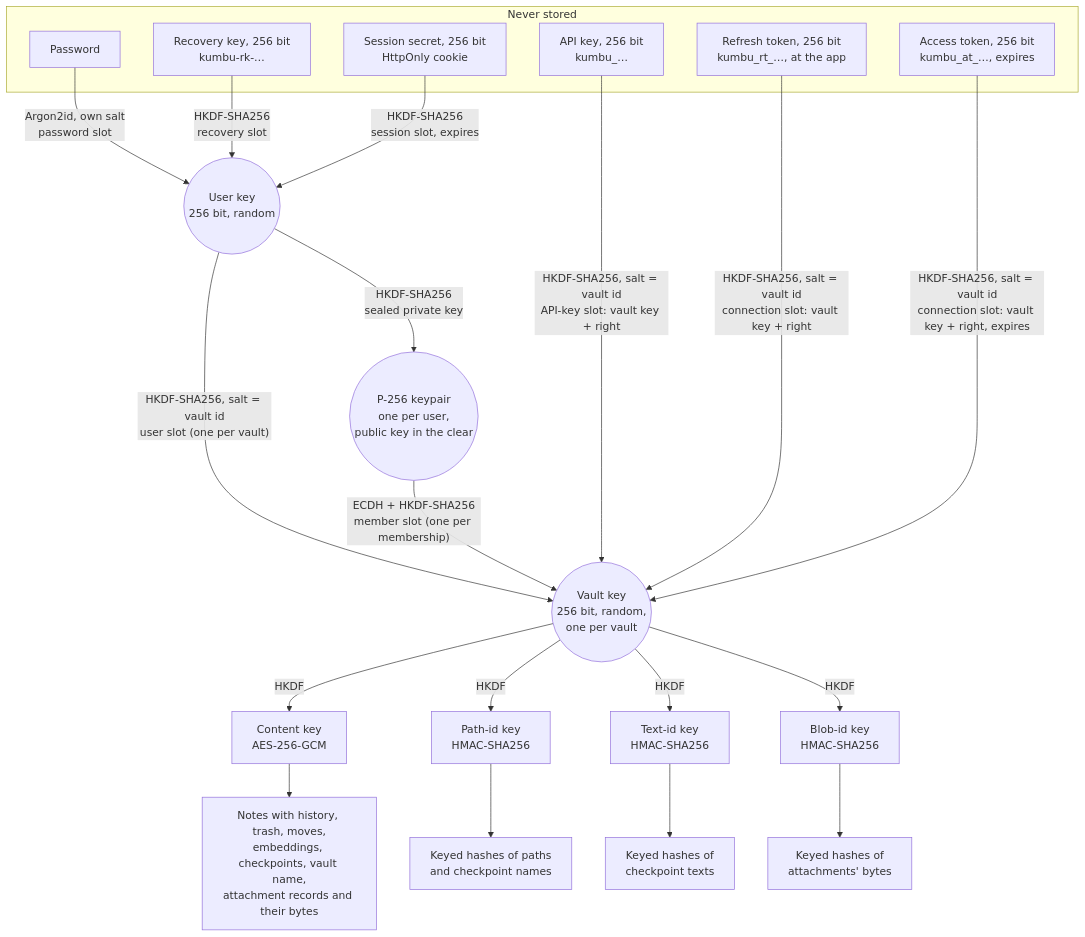
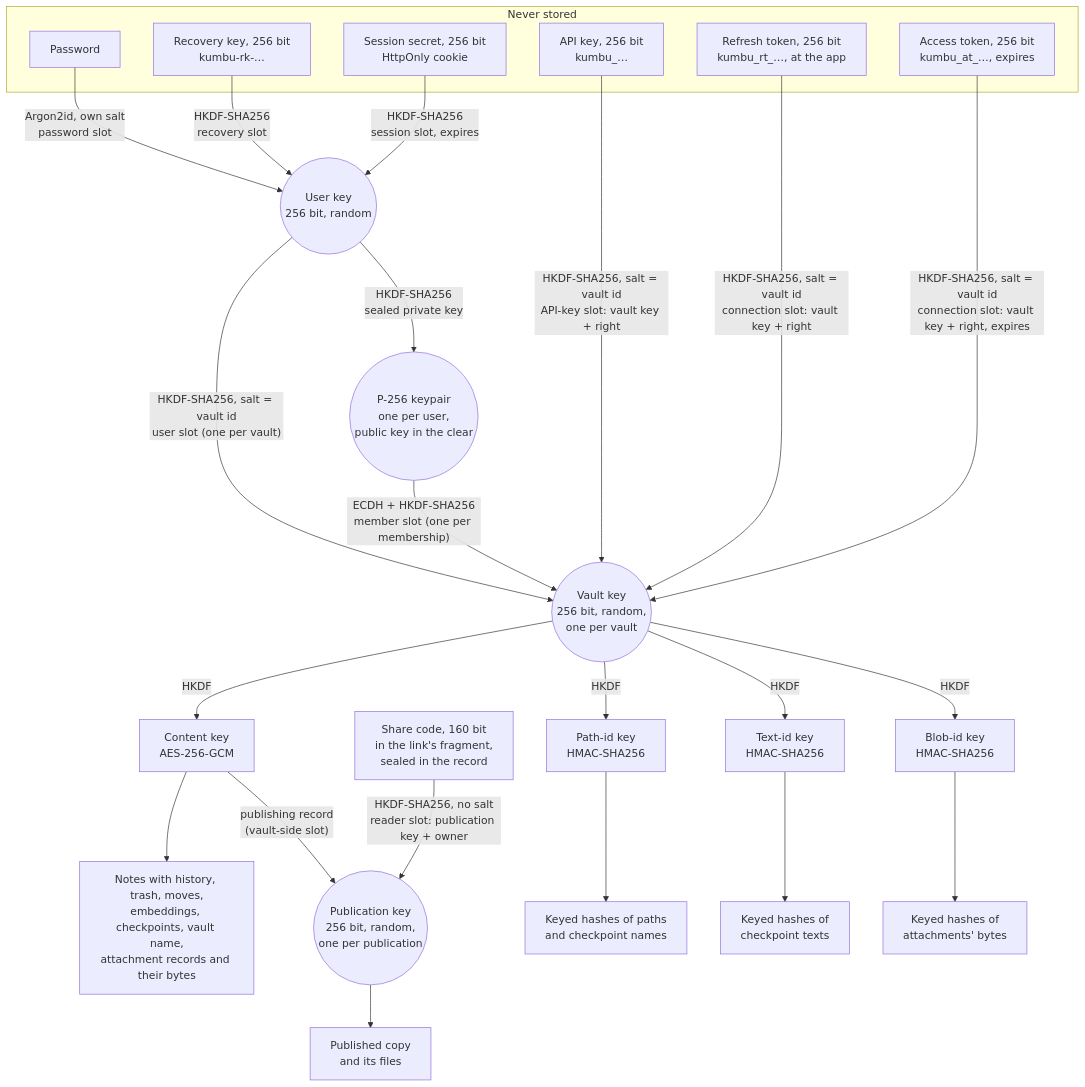
One commit to SCAI-NGO/kumbukumbu changed the first of 3 diagrams in docs/security-architecture.md. Above: the diagram before and after it, drawn with Mermaid. The commit also changed other lines of this file and 133 other files, not shown here.

First line of the commit message:
Publish v1: one note behind a link (#150)

````diff
--- a/docs/security-architecture.md
+++ b/docs/security-architecture.md
@@ -83,33 +86,36 @@
 ```mermaid
 flowchart TB
   subgraph held["Never stored"]
     PW["Password"]
     RK["Recovery key, 256 bit<br/>kumbu-rk-…"]
     SC["Session secret, 256 bit<br/>HttpOnly cookie"]
     AK["API key, 256 bit<br/>kumbu_…"]
     RT["Refresh token, 256 bit<br/>kumbu_rt_…, at the app"]
     AT["Access token, 256 bit<br/>kumbu_at_…, expires"]
   end
 
   UK(("User key<br/>256 bit, random"))
   VK(("Vault key<br/>256 bit, random,<br/>one per vault"))
 
   PW -- "Argon2id, own salt<br/>password slot" --> UK
   RK -- "HKDF-SHA256<br/>recovery slot" --> UK
   SC -- "HKDF-SHA256<br/>session slot, expires" --> UK
   UK -- "HKDF-SHA256, salt = vault id<br/>user slot (one per vault)" --> VK
   UK -- "HKDF-SHA256<br/>sealed private key" --> PRIV(("P-256 keypair<br/>one per user,<br/>public key in the clear"))
   PRIV -- "ECDH + HKDF-SHA256<br/>member slot (one per membership)" --> VK
   AK -- "HKDF-SHA256, salt = vault id<br/>API-key slot: vault key + right" --> VK
   RT -- "HKDF-SHA256, salt = vault id<br/>connection slot: vault key + right" --> VK
   AT -- "HKDF-SHA256, salt = vault id<br/>connection slot: vault key + right, expires" --> VK
 
   VK -- HKDF --> CK["Content key<br/>AES-256-GCM"]
   VK -- HKDF --> PK["Path-id key<br/>HMAC-SHA256"]
   VK -- HKDF --> TK["Text-id key<br/>HMAC-SHA256"]
   VK -- HKDF --> BK["Blob-id key<br/>HMAC-SHA256"]
   CK --> DATA["Notes with history, trash, moves,<br/>embeddings, checkpoints, vault name,<br/>attachment records and their bytes"]
+  CK -- "publishing record<br/>(vault-side slot)" --> PUBK(("Publication key<br/>256 bit, random,<br/>one per publication"))
+  CODE["Share code, 160 bit<br/>in the link's fragment,<br/>sealed in the record"] -- "HKDF-SHA256, no salt<br/>reader slot: publication key + owner" --> PUBK
+  PUBK --> COPY["Published copy<br/>and its files"]
   PK --> IDS["Keyed hashes of paths<br/>and checkpoint names"]
   TK --> TXT["Keyed hashes of<br/>checkpoint texts"]
   BK --> BID["Keyed hashes of<br/>attachments' bytes"]
 ```
````
